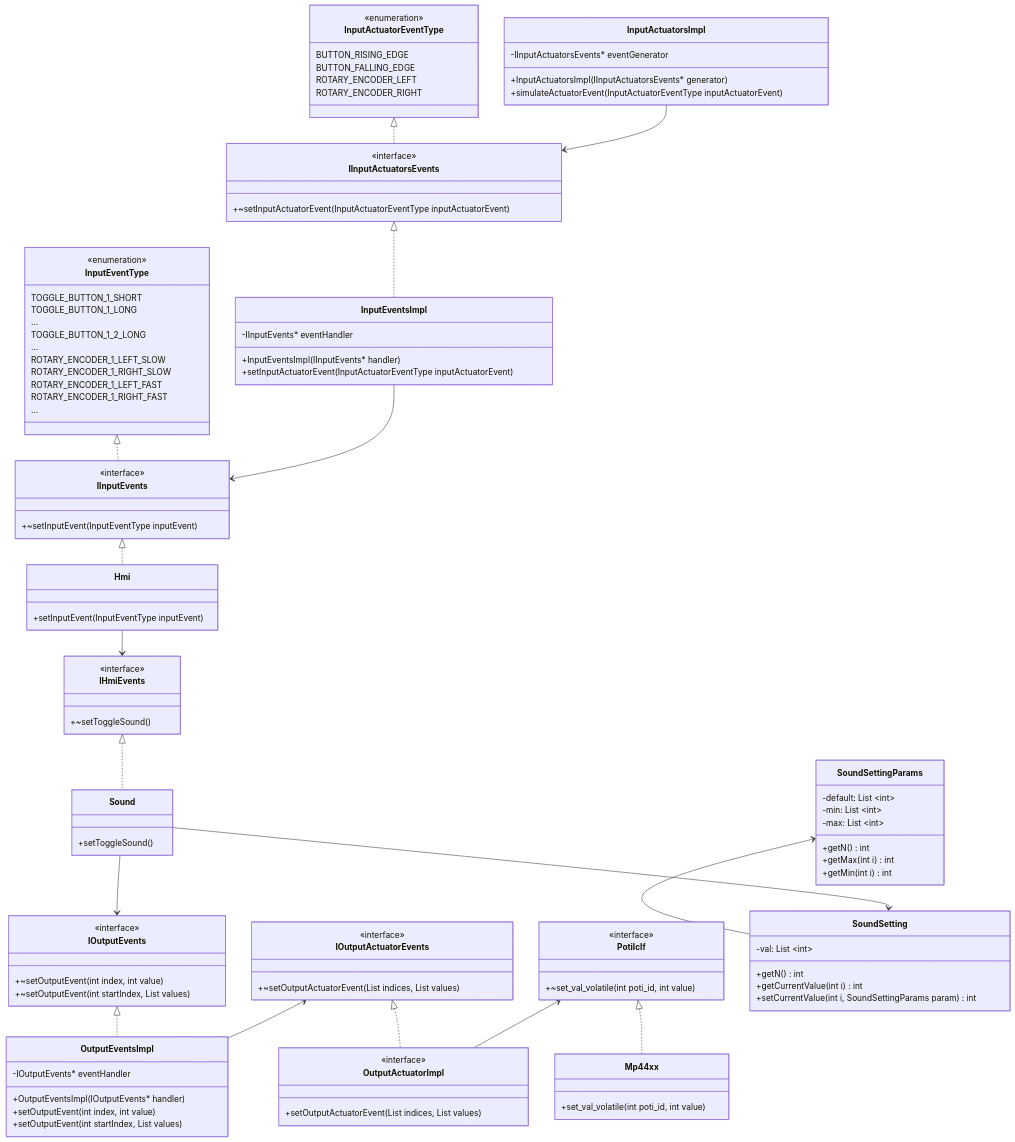
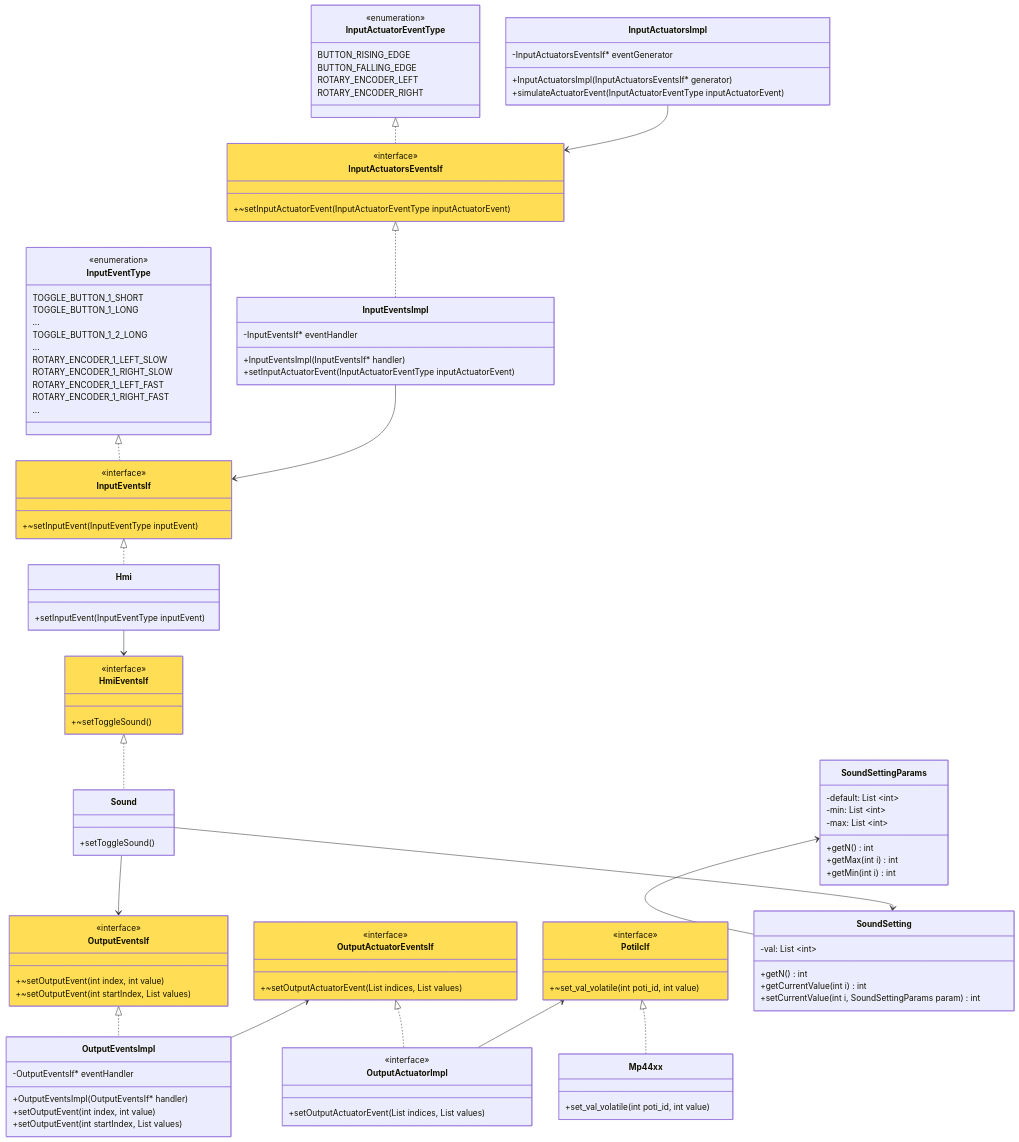
Before and after one commit to kaiberggold/tinyamp: the second of 2 diagrams in docs/hmi.md, drawn with Mermaid.

```diff
--- a/docs/hmi.md
+++ b/docs/hmi.md
@@ -63,52 +63,58 @@
         ...
     }
 
-    class IInputActuatorsEvents {
+    class InputActuatorsEventsIf {
         <<interface>>
         +~setInputActuatorEvent(InputActuatorEventType inputActuatorEvent)
     }
+    style InputActuatorsEventsIf fill:#FFDD55
 
-    class IInputEvents {
+    class InputEventsIf {
         <<interface>>
         +~setInputEvent(InputEventType inputEvent)
     }
-    
-    class IHmiEvents {
+    style InputEventsIf fill:#FFDD55
+
+    class HmiEventsIf {
         <<interface>>
         +~setToggleSound()
     }
+   style HmiEventsIf fill:#FFDD55
 
-    class IOutputEvents {
+    class OutputEventsIf {
         <<interface>>
         +~setOutputEvent(int index, int value)
         +~setOutputEvent(int startIndex, List<int> values)
     }
+    style OutputEventsIf fill:#FFDD55
 
     class PotiIcIf {
         <<interface>>
         +~set_val_volatile(int poti_id, int value)
     }
+    style PotiIcIf fill:#FFDD55
 
-    class IOutputActuatorEvents {
+    class OutputActuatorEventsIf {
         <<interface>>
         +~setOutputActuatorEvent(List <int> indices, List <int> values)
     }
+    style OutputActuatorEventsIf fill:#FFDD55
 
     class InputActuatorsImpl {
-        -IInputActuatorsEvents* eventGenerator
-        +InputActuatorsImpl(IInputActuatorsEvents* generator)
+        -InputActuatorsEventsIf* eventGenerator
+        +InputActuatorsImpl(InputActuatorsEventsIf* generator)
         +simulateActuatorEvent(InputActuatorEventType inputActuatorEvent)
     }
 
     class InputEventsImpl {
-        -IInputEvents* eventHandler
-        +InputEventsImpl(IInputEvents* handler)
+        -InputEventsIf* eventHandler
+        +InputEventsImpl(InputEventsIf* handler)
         +setInputActuatorEvent(InputActuatorEventType inputActuatorEvent)
     }
 
     class OutputEventsImpl {
-        -IOutputEvents* eventHandler
-        +OutputEventsImpl(IOutputEvents* handler)
+        -OutputEventsIf* eventHandler
+        +OutputEventsImpl(OutputEventsIf* handler)
         +setOutputEvent(int index, int value)
         +setOutputEvent(int startIndex, List<int> values)
     }
@@ -146,18 +152,18 @@
         +getMin(int i) int
     }
 
-    IInputActuatorsEvents <|.. InputEventsImpl
-    IInputEvents <|.. Hmi
-    Hmi --> IHmiEvents
-    IHmiEvents <|.. Sound
-    InputEventType <|.. IInputEvents
-    InputActuatorEventType <|.. IInputActuatorsEvents
-    InputActuatorsImpl --> IInputActuatorsEvents
-    InputEventsImpl --> IInputEvents
-    IOutputEvents <|.. OutputEventsImpl
-    IOutputActuatorEvents <--  OutputEventsImpl
-    IOutputActuatorEvents <|.. OutputActuatorImpl
-    Sound --> IOutputEvents
+    InputActuatorsEventsIf <|.. InputEventsImpl
+    InputEventsIf <|.. Hmi
+    Hmi --> HmiEventsIf
+    HmiEventsIf <|.. Sound
+    InputEventType <|.. InputEventsIf
+    InputActuatorEventType <|.. InputActuatorsEventsIf
+    InputActuatorsImpl --> InputActuatorsEventsIf
+    InputEventsImpl --> InputEventsIf
+    OutputEventsIf <|.. OutputEventsImpl
+    OutputActuatorEventsIf <--  OutputEventsImpl
+    OutputActuatorEventsIf <|.. OutputActuatorImpl
+    Sound --> OutputEventsIf
     SoundSettingParams  <--  SoundSetting 
     Sound --> SoundSetting
     PotiIcIf <--  OutputActuatorImpl
```
